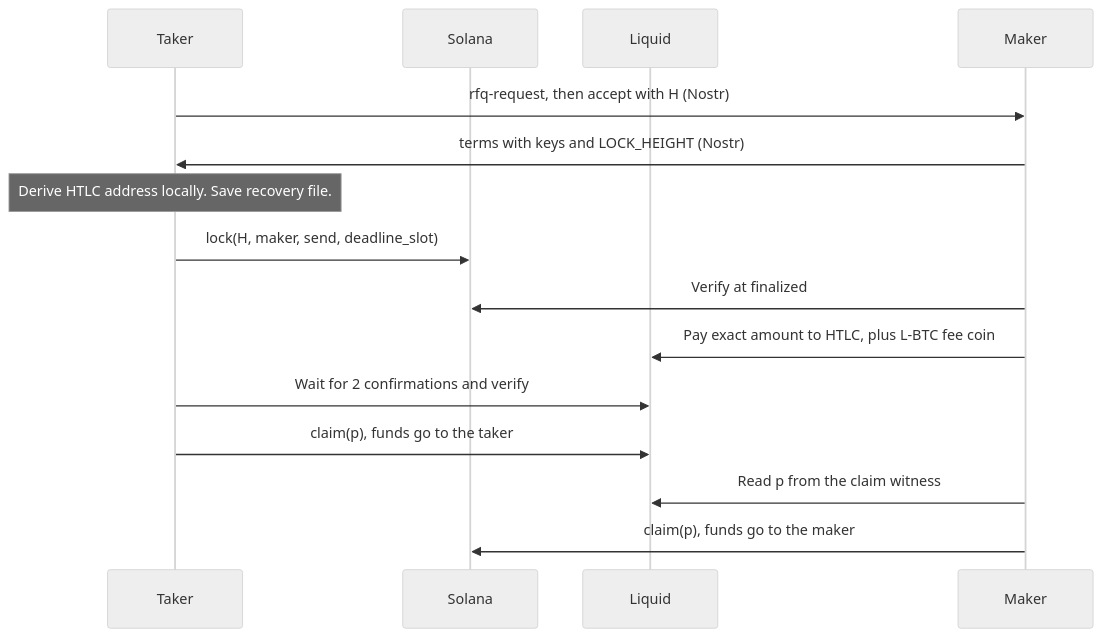
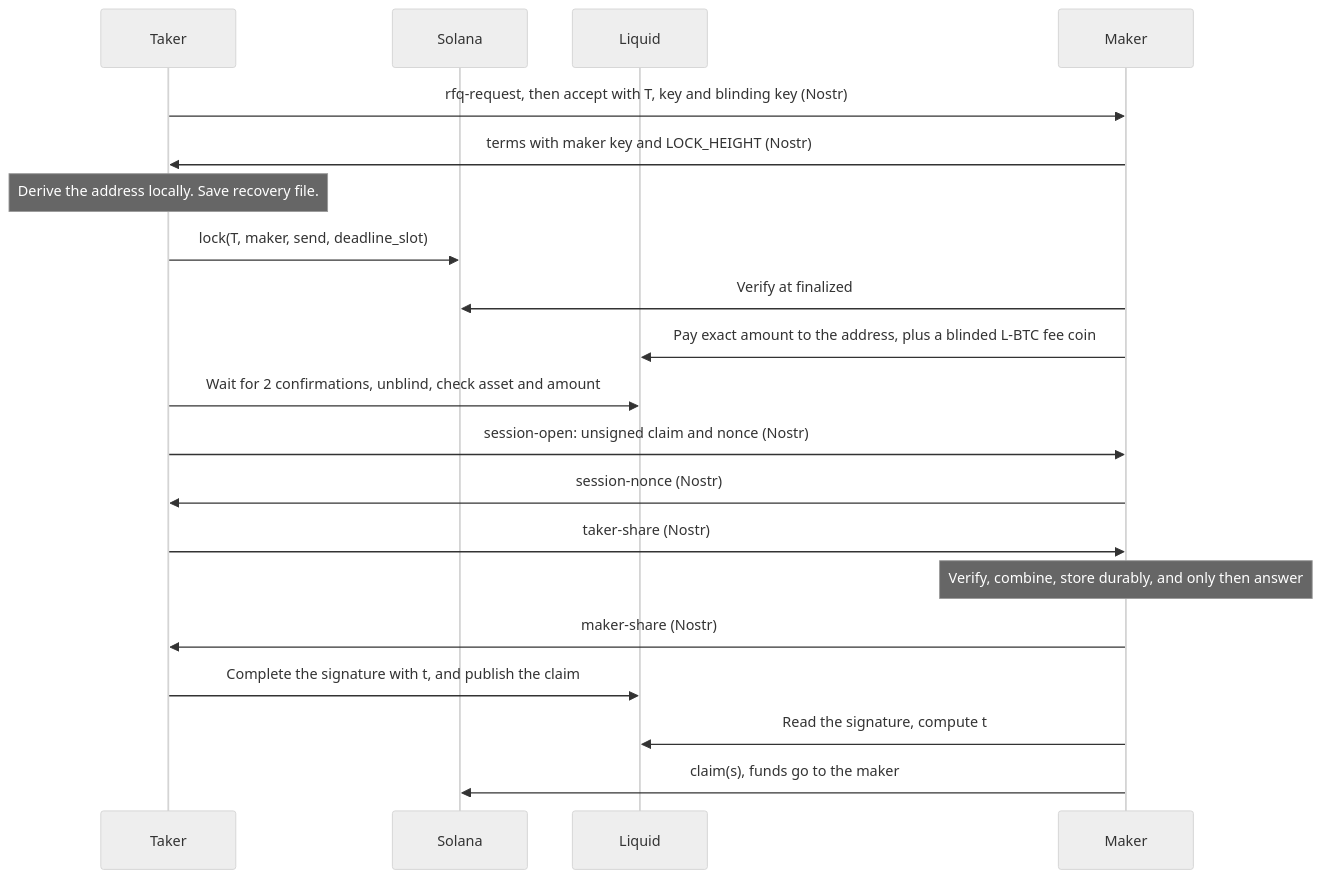
The second of 2 diagrams in docs/protocol.md (SwapMarket/liq2sol), drawn with Mermaid (neutral theme) before and after one commit. The commit also changed other lines of this file and 19 other files, not shown here.

````diff
--- a/docs/protocol.md
+++ b/docs/protocol.md
@@ -144,17 +150,22 @@
 ```mermaid
 sequenceDiagram
     participant T as Taker
     participant S as Solana
     participant L as Liquid
     participant M as Maker
-    T->>M: rfq-request, then accept with H (Nostr)
-    M->>T: terms with keys and LOCK_HEIGHT (Nostr)
-    Note over T: Derive HTLC address locally. Save recovery file.
-    T->>S: lock(H, maker, send, deadline_slot)
+    T->>M: rfq-request, then accept with T, key and blinding key (Nostr)
+    M->>T: terms with maker key and LOCK_HEIGHT (Nostr)
+    Note over T: Derive the address locally. Save recovery file.
+    T->>S: lock(T, maker, send, deadline_slot)
     M->>S: Verify at finalized
-    M->>L: Pay exact amount to HTLC, plus L-BTC fee coin
-    T->>L: Wait for 2 confirmations and verify
-    T->>L: claim(p), funds go to the taker
-    M->>L: Read p from the claim witness
-    M->>S: claim(p), funds go to the maker
+    M->>L: Pay exact amount to the address, plus a blinded L-BTC fee coin
+    T->>L: Wait for 2 confirmations, unblind, check asset and amount
+    T->>M: session-open: unsigned claim and nonce (Nostr)
+    M->>T: session-nonce (Nostr)
+    T->>M: taker-share (Nostr)
+    Note over M: Verify, combine, store durably, and only then answer
+    M->>T: maker-share (Nostr)
+    T->>L: Complete the signature with t, and publish the claim
+    M->>L: Read the signature, compute t
+    M->>S: claim(s), funds go to the maker
 ```
````
